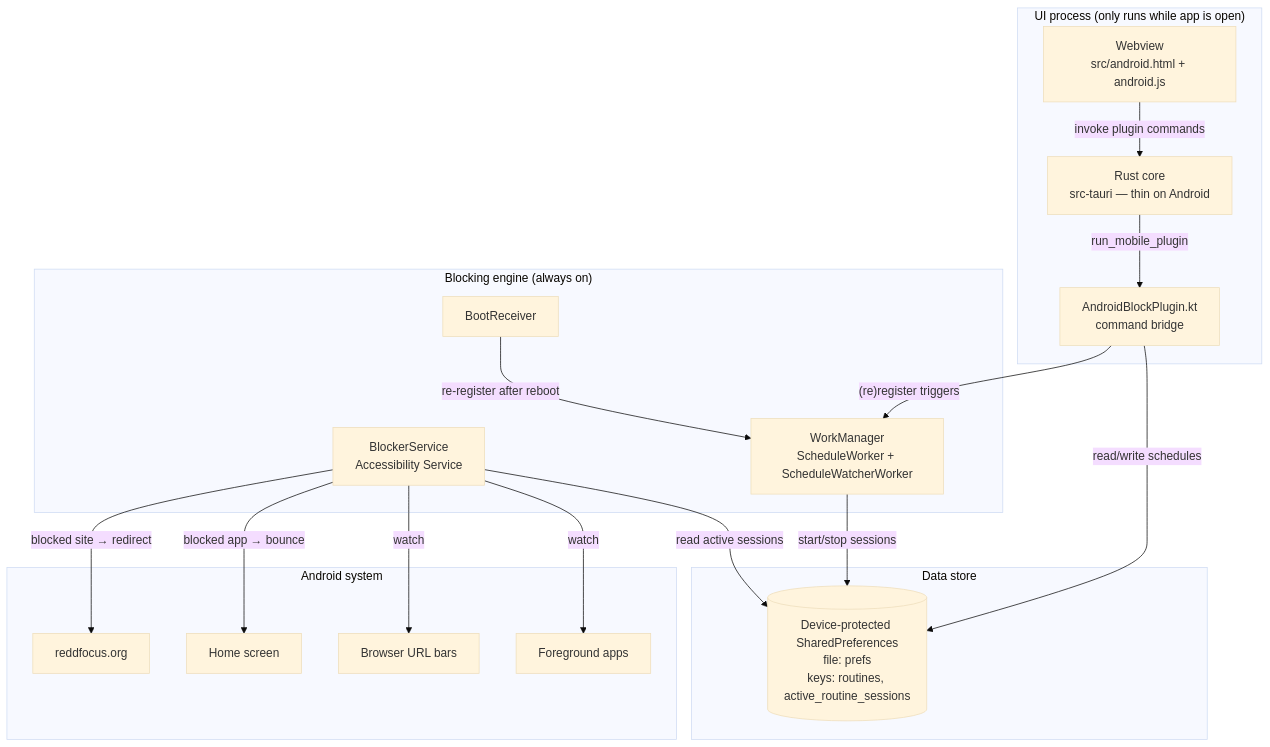
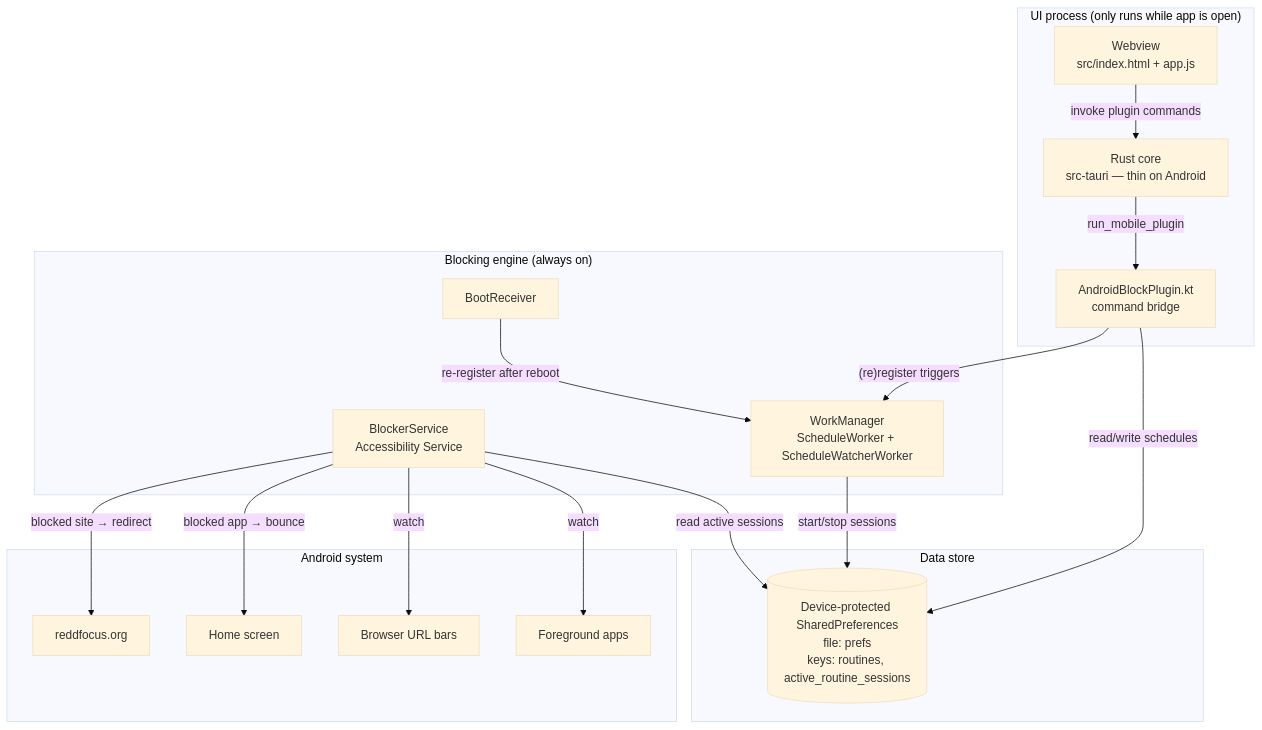
One commit to kasnder/redd-block changed the first of 2 diagrams in android-architecture.md. Above: the diagram before and after it, drawn with Mermaid (base theme). The commit also changed other lines of this file and 7 other files, not shown here.

````diff
--- a/android-architecture.md
+++ b/android-architecture.md
@@ -16,37 +16,37 @@
 ```mermaid
 flowchart TB
     subgraph UI["UI process (only runs while app is open)"]
-        WV[Webview<br/>src/android.html + android.js]
+        WV[Webview<br/>src/index.html + app.js]
         RUST[Rust core<br/>src-tauri — thin on Android]
         PLUG[AndroidBlockPlugin.kt<br/>command bridge]
         WV -->|"invoke plugin commands"| RUST
         RUST -->|run_mobile_plugin| PLUG
     end
 
     subgraph STORE["Data store"]
         PREFS[(Device-protected SharedPreferences<br/>file: prefs<br/>keys: routines, active_routine_sessions)]
     end
 
     subgraph ENGINE["Blocking engine (always on)"]
         BS[BlockerService<br/>Accessibility Service]
         WM[WorkManager<br/>ScheduleWorker + ScheduleWatcherWorker]
         BR[BootReceiver]
     end
 
     subgraph SYS["Android system"]
         APPS[Foreground apps]
         BROWSER[Browser URL bars]
         HOME[Home screen]
         REDD[reddfocus.org]
     end
 
     PLUG -->|read/write schedules| PREFS
     PLUG -->|"(re)register triggers"| WM
     BS -->|read active sessions| PREFS
     WM -->|start/stop sessions| PREFS
     BR -->|re-register after reboot| WM
     BS -->|watch| APPS
     BS -->|watch| BROWSER
     BS -->|blocked app → bounce| HOME
     BS -->|blocked site → redirect| REDD
 ```
````
